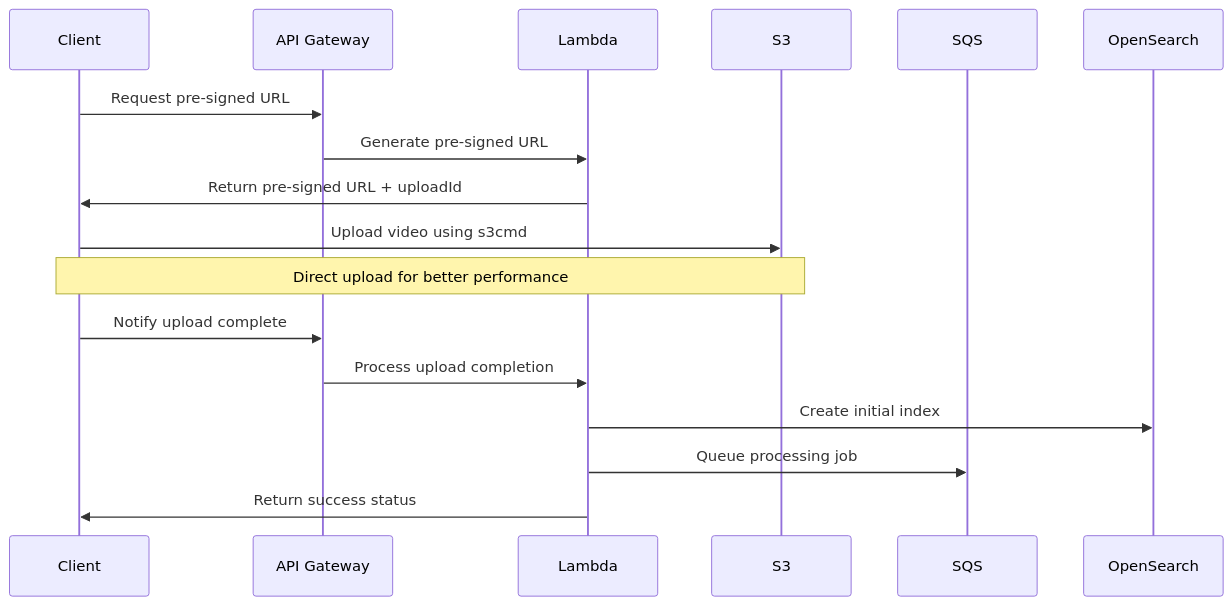
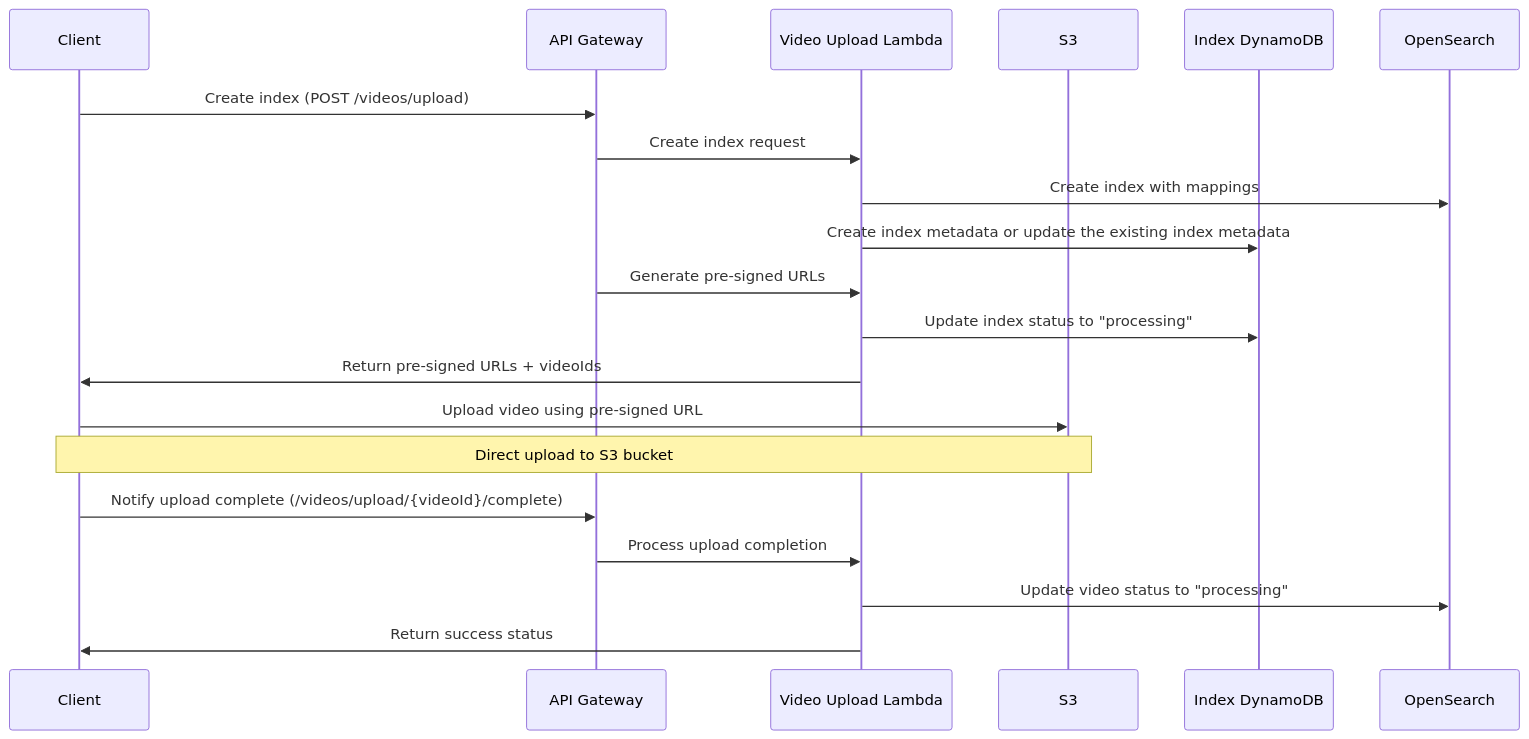
One commit to yike5460/shortvideo-online changed the first of 5 diagrams in README.md. Above: the diagram before and after it, drawn with Mermaid. The commit also changed other lines of this file and 3 other files, not shown here.

Commit message:
chore: update docs and web page to support dynamic index creation

````diff
--- a/README.md
+++ b/README.md
@@ -76,25 +285,30 @@
 ```mermaid
 sequenceDiagram
     participant Client
     participant API Gateway
-    participant Lambda
+    participant UploadLambda as Video Upload Lambda
     participant S3
-    participant SQS
+    participant DynamoDB as Index DynamoDB
     participant OpenSearch
 
+    %% Index Creation if user specify the index name, otherwise the index will be created with default name "videos"
+    Client->>API Gateway: Create index (POST /videos/upload)
+    API Gateway->>UploadLambda: Create index request
+    UploadLambda->>OpenSearch: Create index with mappings
+    UploadLambda->>DynamoDB: Create index metadata or update the existing index metadata
+
     %% Get pre-signed URL
-    Client->>API Gateway: Request pre-signed URL
-    API Gateway->>Lambda: Generate pre-signed URL
-    Lambda->>Client: Return pre-signed URL + uploadId
+    API Gateway->>UploadLambda: Generate pre-signed URLs
+    UploadLambda->>DynamoDB: Update index status to "processing"
+    UploadLambda->>Client: Return pre-signed URLs + videoIds
 
-    %% Direct upload using s3cmd
-    Client->>S3: Upload video using s3cmd
-    Note over Client,S3: Direct upload for better performance
+    %% Direct upload
+    Client->>S3: Upload video using pre-signed URL
+    Note over Client,S3: Direct upload to S3 bucket
 
     %% Notify completion
-    Client->>API Gateway: Notify upload complete
-    API Gateway->>Lambda: Process upload completion
-    Lambda->>OpenSearch: Create initial index
-    Lambda->>SQS: Queue processing job
-    Lambda->>Client: Return success status
+    Client->>API Gateway: Notify upload complete (/videos/upload/{videoId}/complete)
+    API Gateway->>UploadLambda: Process upload completion
+    UploadLambda->>OpenSearch: Update video status to "processing"
+    UploadLambda->>Client: Return success status
 ```
````
